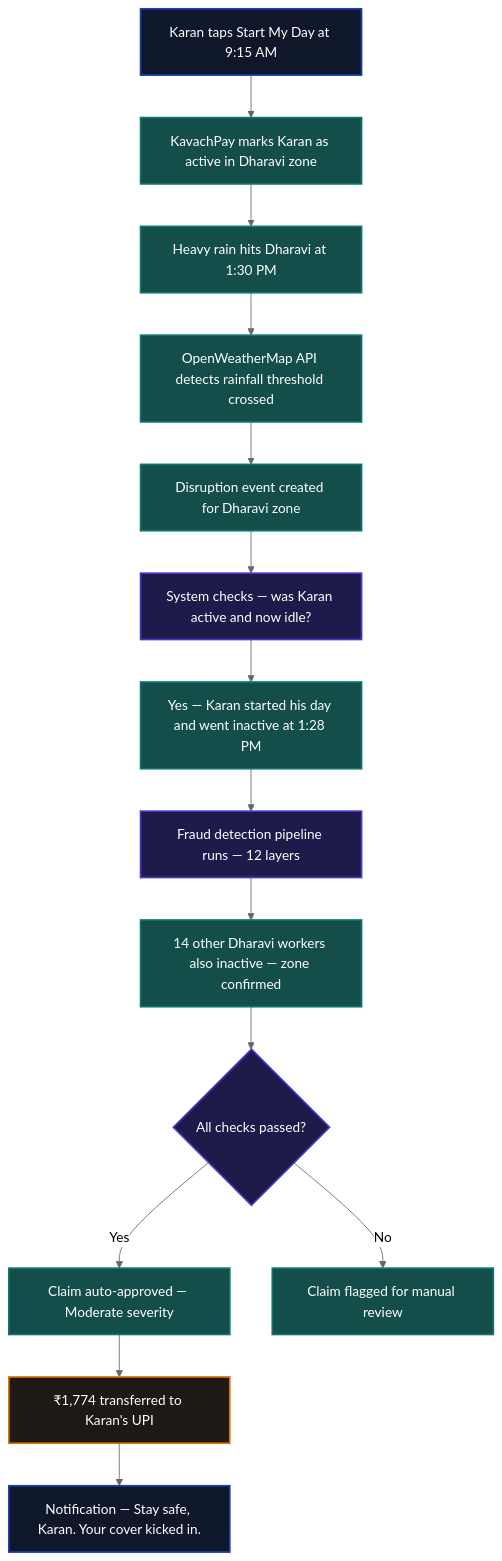
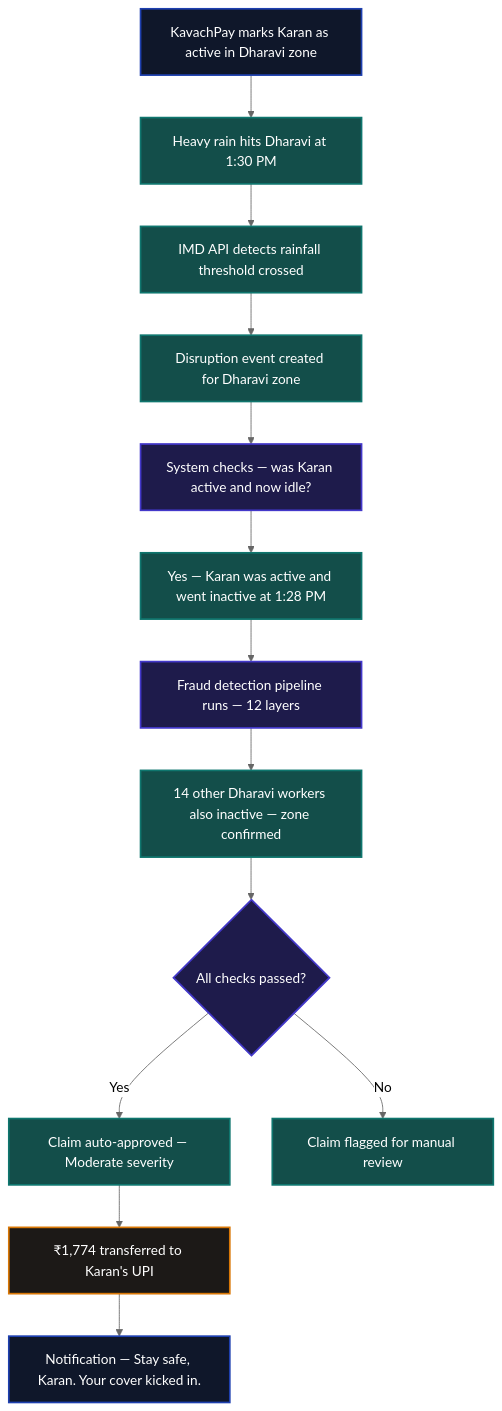
Before and after one commit to kirithic-0/KavachPay-: the first of 3 diagrams in README.md, drawn with Mermaid (neutral theme). The commit also changed other lines of this file, not shown here.

````diff
--- a/README.md
+++ b/README.md
@@ -54,21 +53,20 @@
 ```mermaid
 graph TD
     classDef user fill:#0f172a,stroke:#1e40af,stroke-width:2px,color:#fff;
     classDef system fill:#134e4a,stroke:#0f766e,stroke-width:2px,color:#fff;
     classDef ai fill:#1e1b4b,stroke:#4338ca,stroke-width:2px,color:#fff;
     classDef outcome fill:#1c1917,stroke:#d97706,stroke-width:2px,color:#fff;
 
-    A[Karan taps Start My Day at 9:15 AM]:::user --> B[KavachPay marks Karan as active in Dharavi zone]:::system
-    B --> C[Heavy rain hits Dharavi at 1:30 PM]:::system
-    C --> D[OpenWeatherMap API detects rainfall threshold crossed]:::system
-    D --> E[Disruption event created for Dharavi zone]:::system
-    E --> F[System checks — was Karan active and now idle?]:::ai
-    F --> G[Yes — Karan started his day and went inactive at 1:28 PM]:::system
-    G --> H[Fraud detection pipeline runs — 12 layers]:::ai
-    H --> I[14 other Dharavi workers also inactive — zone confirmed]:::system
-    I --> J{All checks passed?}:::ai
-    J -- Yes --> K[Claim auto-approved — Moderate severity]:::system
-    K --> L[₹1,774 transferred to Karan's UPI]:::outcome
-    L --> M[Notification — Stay safe, Karan. Your cover kicked in.]:::user
-    J -- No --> N[Claim flagged for manual review]:::system
+    A[KavachPay marks Karan as active in Dharavi zone]:::user --> B[Heavy rain hits Dharavi at 1:30 PM]:::system
+    B --> C[IMD API detects rainfall threshold crossed]:::system
+    C --> D[Disruption event created for Dharavi zone]:::system
+    D --> E[System checks — was Karan active and now idle?]:::ai
+    E --> F[Yes — Karan was active and went inactive at 1:28 PM]:::system
+    F --> G[Fraud detection pipeline runs — 12 layers]:::ai
+    G --> H[14 other Dharavi workers also inactive — zone confirmed]:::system
+    H --> I{All checks passed?}:::ai
+    I -- Yes --> J[Claim auto-approved — Moderate severity]:::system
+    J --> K[₹1,774 transferred to Karan's UPI]:::outcome
+    K --> L[Notification — Stay safe, Karan. Your cover kicked in.]:::user
+    I -- No --> M[Claim flagged for manual review]:::system
 ```
````
